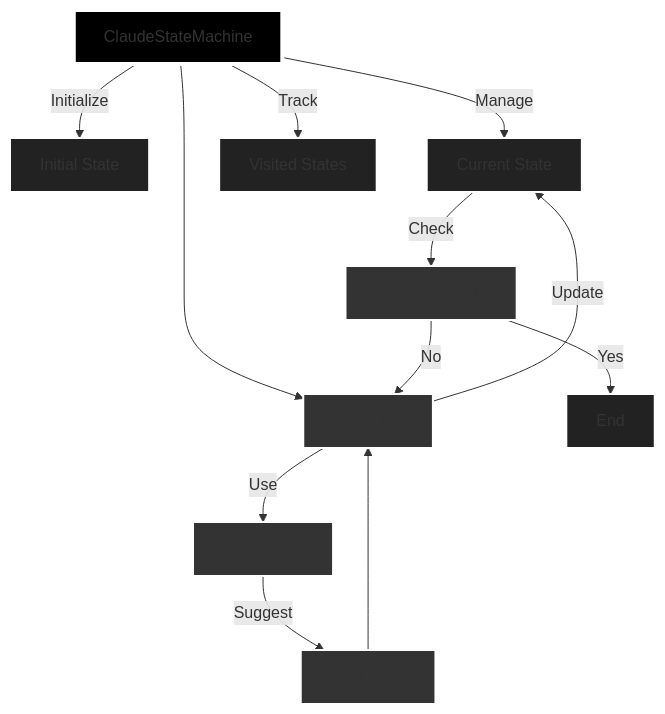
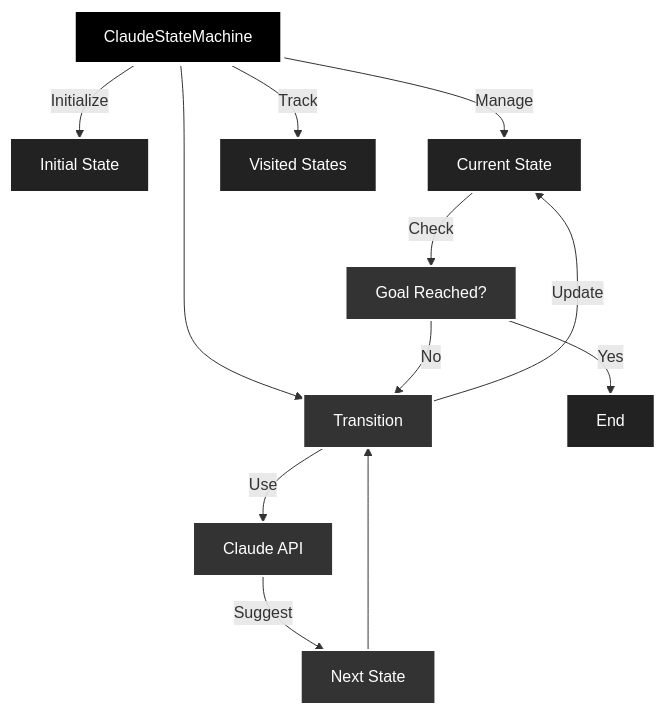
One commit to geoffsee/agent-mst changed the diagram in README.md. Above: the diagram before and after it, drawn with Mermaid.

Commit message:
update readme diagram

````diff
--- a/README.md
+++ b/README.md
@@ -6,24 +6,25 @@
 ```mermaid
 graph TD
    CSM[ClaudeStateMachine] -->|Initialize| IS[Initial State]
    CSM -->|Manage| CS[Current State]
    CSM -->|Track| VS[Visited States]
    CSM --> TR[Transition]
    TR -->|Use| API[Claude API]
    API -->|Suggest| NS[Next State]
    NS --> TR
    TR -->|Update| CS
    CS -->|Check| GR[Goal Reached?]
    GR -->|No| TR
    GR -->|Yes| END[End]
 
-   style CSM fill:#000000,stroke:#FFFFFF,stroke-width:4px
-   style IS fill:#222222,stroke:#FFFFFF,stroke-width:2px
-   style CS fill:#222222,stroke:#FFFFFF,stroke-width:2px
-   style VS fill:#222222,stroke:#FFFFFF,stroke-width:2px
-   style TR fill:#333333,stroke:#FFFFFF,stroke-width:2px
-   style API fill:#333333,stroke:#FFFFFF,stroke-width:2px
-   style NS fill:#333333,stroke:#FFFFFF,stroke-width:2px
-   style GR fill:#333333,stroke:#FFFFFF,stroke-width:2px
-   style END fill:#222222,stroke:#FFFFFF,stroke-width:2px
+   style CSM fill:#000000,stroke:#FFFFFF,stroke-width:4px,color:#ffffff
+   style IS fill:#222222,stroke:#FFFFFF,stroke-width:2px,color:#ffffff
+   style CS fill:#222222,stroke:#FFFFFF,stroke-width:2px,color:#ffffff
+   style VS fill:#222222,stroke:#FFFFFF,stroke-width:2px,color:#ffffff
+   style TR fill:#333333,stroke:#FFFFFF,stroke-width:2px,color:#ffffff
+   style API fill:#333333,stroke:#FFFFFF,stroke-width:2px,color:#ffffff
+   style NS fill:#333333,stroke:#FFFFFF,stroke-width:2px,color:#ffffff
+   style GR fill:#333333,stroke:#FFFFFF,stroke-width:2px,color:#ffffff
+   style END fill:#222222,stroke:#FFFFFF,stroke-width:2px,color:#ffffff
+
 ```
````
